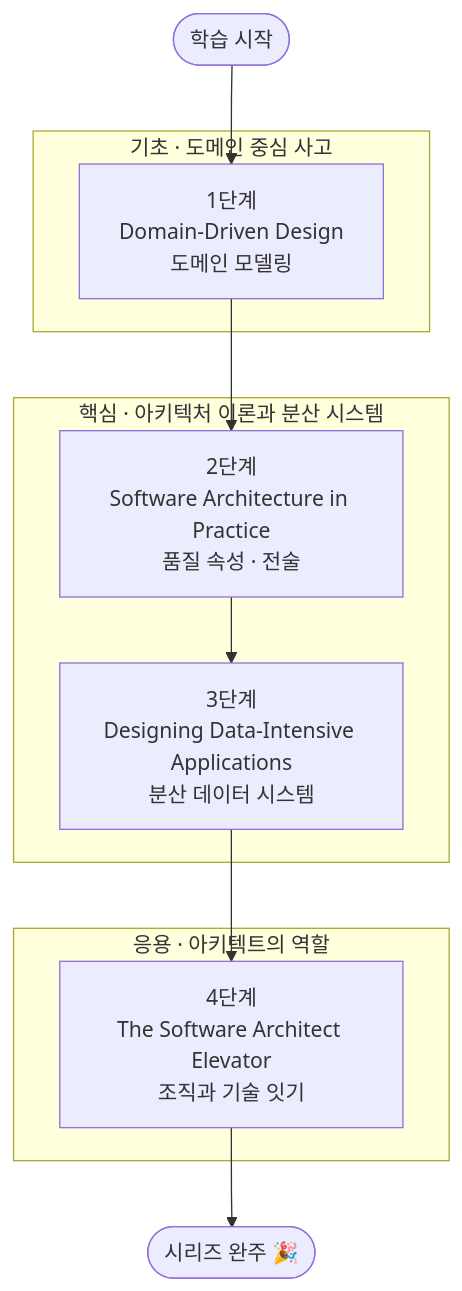
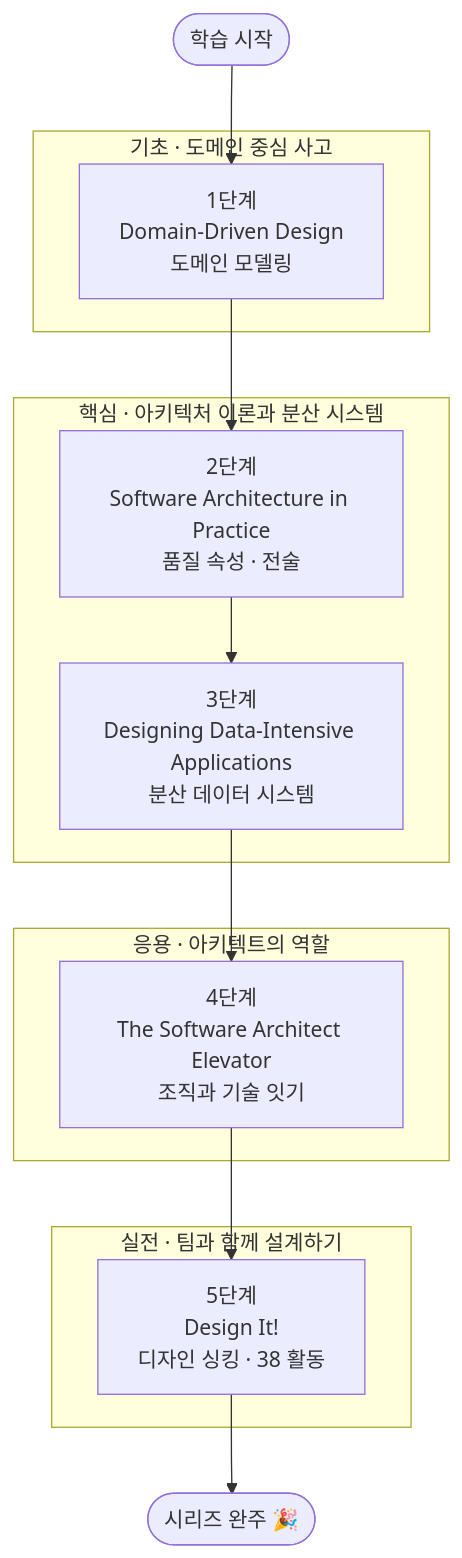
One commit to orchwang/orchwang.github.io changed the first of 2 diagrams in _posts/Engineering/Architecture/2026-06-19-architecture-essential-curriculum.md. Above: the diagram before and after it, drawn with Mermaid. The commit also changed other lines of this file and 2 other files, not shown here.

First line of the commit message:
문서: Design It! 5단계 포스트 추가 및 Architecture-Essential 시리즈 확장

````diff
--- a/_posts/Engineering/Architecture/2026-06-19-architecture-essential-curriculum.md
+++ b/_posts/Engineering/Architecture/2026-06-19-architecture-essential-curriculum.md
@@ -91,20 +91,24 @@
 ```mermaid
 flowchart TD
     Start([학습 시작]) --> S1
 
     subgraph FOUNDATION["기초 · 도메인 중심 사고"]
         S1["1단계<br/>Domain-Driven Design<br/>도메인 모델링"]
     end
 
     subgraph CORE["핵심 · 아키텍처 이론과 분산 시스템"]
         S2["2단계<br/>Software Architecture in Practice<br/>품질 속성 · 전술"]
         S3["3단계<br/>Designing Data-Intensive Applications<br/>분산 데이터 시스템"]
     end
 
     subgraph APPLY["응용 · 아키텍트의 역할"]
         S4["4단계<br/>The Software Architect Elevator<br/>조직과 기술 잇기"]
     end
 
-    S1 --> S2 --> S3 --> S4
-    S4 --> Done([시리즈 완주 🎉])
+    subgraph PRACTICE["실전 · 팀과 함께 설계하기"]
+        S5["5단계<br/>Design It!<br/>디자인 싱킹 · 38 활동"]
+    end
+
+    S1 --> S2 --> S3 --> S4 --> S5
+    S5 --> Done([시리즈 완주 🎉])
 ```
````
